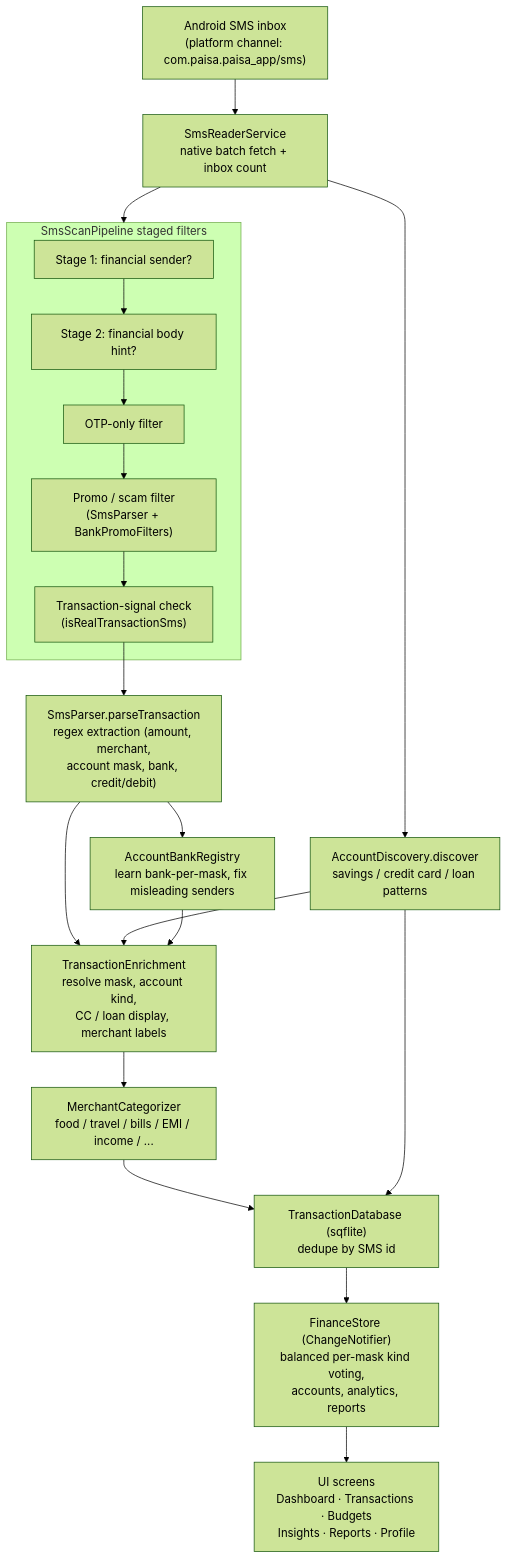
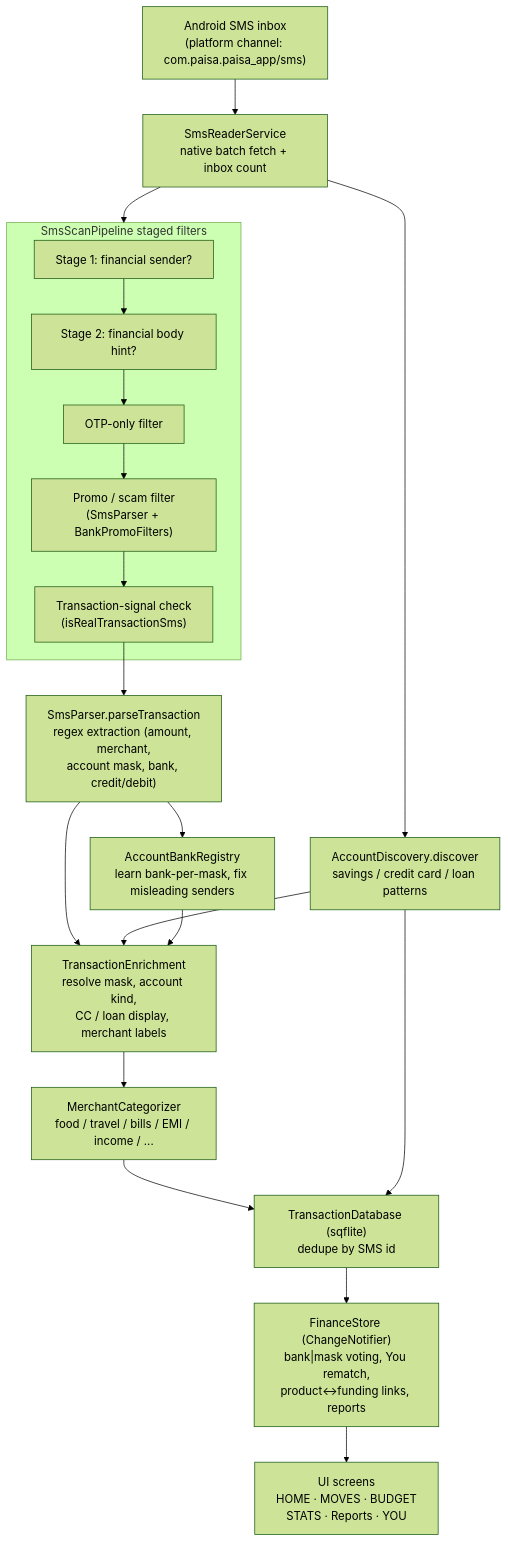
Before and after one commit to ak0982/paisa: the diagram in README.md, drawn with Mermaid (forest theme). The commit also changed other lines of this file and 17 other files, not shown here.

First line of the commit message:
Speed up launch and Stats stickers; refresh docs for schema 30.

````diff
--- a/README.md
+++ b/README.md
@@ -56,30 +57,30 @@
 ```mermaid
 flowchart TD
     A["Android SMS inbox<br/>(platform channel: com.paisa.paisa_app/sms)"] --> B["SmsReaderService<br/>native batch fetch + inbox count"]
     B --> C["SmsScanPipeline<br/>staged filters"]
 
     subgraph C[SmsScanPipeline staged filters]
         C1["Stage 1: financial sender?"]
         C2["Stage 2: financial body hint?"]
         C3["OTP-only filter"]
         C4["Promo / scam filter<br/>(SmsParser + BankPromoFilters)"]
         C5["Transaction-signal check<br/>(isRealTransactionSms)"]
         C1 --> C2 --> C3 --> C4 --> C5
     end
 
     C5 --> D["SmsParser.parseTransaction<br/>regex extraction (amount, merchant,<br/>account mask, bank, credit/debit)"]
     D --> E["AccountBankRegistry<br/>learn bank-per-mask, fix misleading senders"]
 
     B --> F["AccountDiscovery.discover<br/>savings / credit card / loan patterns"]
 
     D --> G["TransactionEnrichment<br/>resolve mask, account kind,<br/>CC / loan display, merchant labels"]
     F --> G
     E --> G
 
     G --> H["MerchantCategorizer<br/>food / travel / bills / EMI / income / ..."]
     H --> I["TransactionDatabase (sqflite)<br/>dedupe by SMS id"]
     F --> I
 
-    I --> J["FinanceStore (ChangeNotifier)<br/>balanced per-mask kind voting,<br/>accounts, analytics, reports"]
-    J --> K["UI screens<br/>Dashboard · Transactions · Budgets<br/>Insights · Reports · Profile"]
+    I --> J["FinanceStore (ChangeNotifier)<br/>bank|mask voting, You rematch,<br/>product↔funding links, reports"]
+    J --> K["UI screens<br/>HOME · MOVES · BUDGET<br/>STATS · Reports · YOU"]
 ```
````
